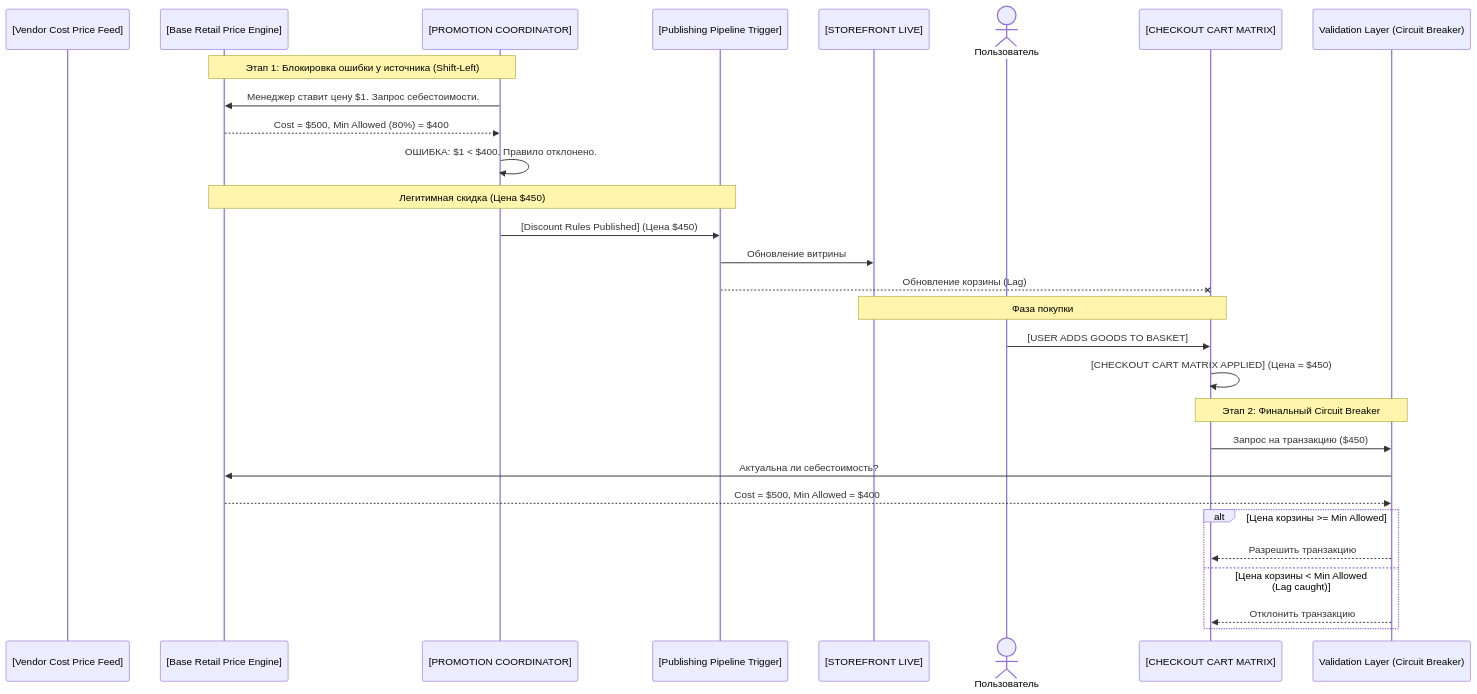
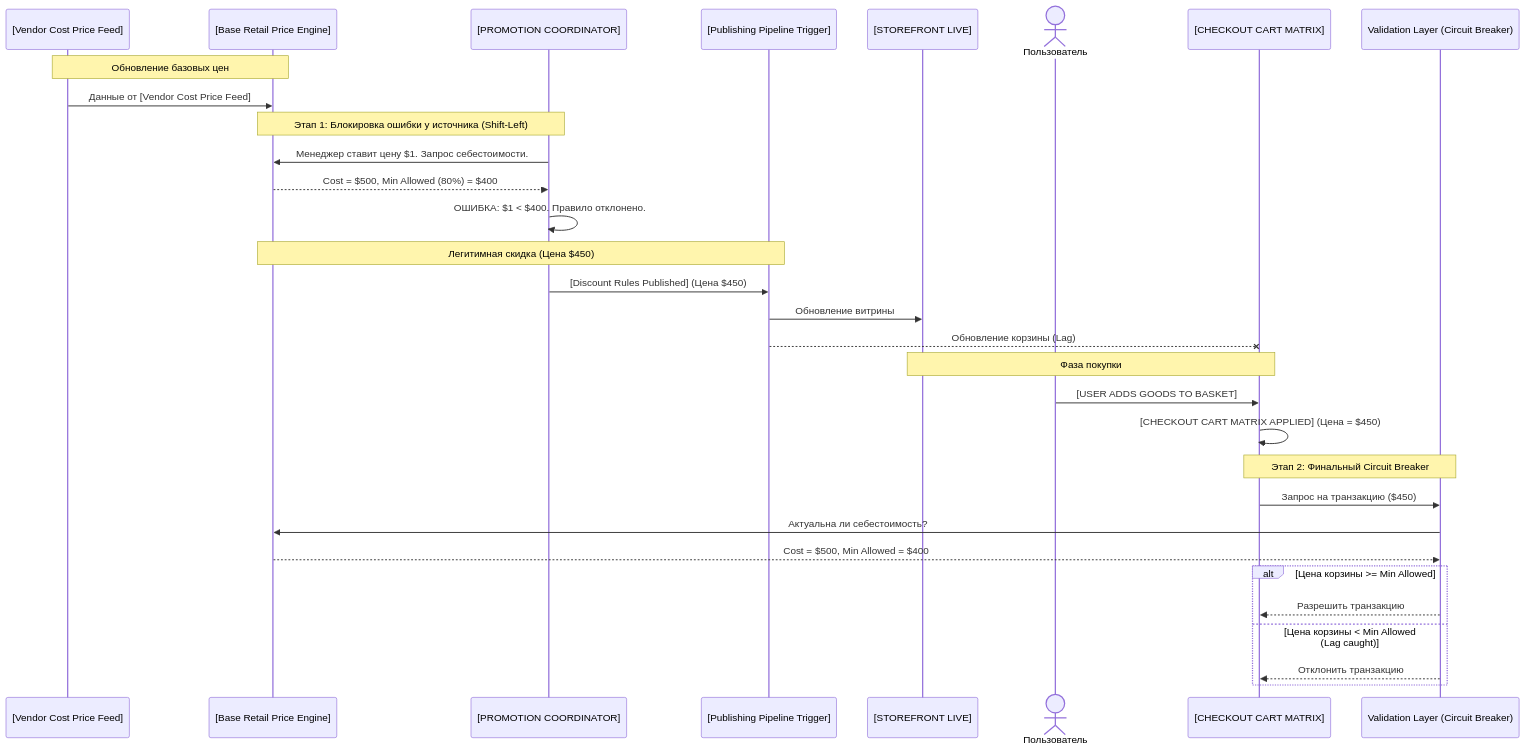
The third of 3 diagrams in README.md (Isnob/ecommerce-architecture-challenge), drawn with Mermaid before and after one commit. The commit also changed other lines of this file, not shown here.

Commit message:
Fix Mermaid diagrams: Include Feed and Engine in Variant 1, connect Feed to Engine in Variant 2

````diff
--- a/README.md
+++ b/README.md
@@ -123,36 +129,39 @@
 ```mermaid
 sequenceDiagram
     participant Feed as [Vendor Cost Price Feed]
     participant Engine as [Base Retail Price Engine]
     participant Promo as [PROMOTION COORDINATOR]
     participant Pipeline as [Publishing Pipeline Trigger]
     participant SF as [STOREFRONT LIVE]
     actor User as Пользователь
     participant Cart as [CHECKOUT CART MATRIX]
     participant Val as Validation Layer (Circuit Breaker)
+
+    Note over Feed, Engine: Обновление базовых цен
+    Feed->>Engine: Данные от [Vendor Cost Price Feed]
 
     Note over Engine, Promo: Этап 1: Блокировка ошибки у источника (Shift-Left)
     Promo->>Engine: Менеджер ставит цену $1. Запрос себестоимости.
     Engine-->>Promo: Cost = $500, Min Allowed (80%) = $400
     Promo->>Promo: ОШИБКА: $1 < $400. Правило отклонено.
     
     Note over Engine, Pipeline: Легитимная скидка (Цена $450)
     Promo->>Pipeline: [Discount Rules Published] (Цена $450)
     Pipeline->>SF: Обновление витрины
     Pipeline--xCart: Обновление корзины (Lag)
     
     Note over SF, Cart: Фаза покупки
     User->>Cart: [USER ADDS GOODS TO BASKET]
     Cart->>Cart: [CHECKOUT CART MATRIX APPLIED] (Цена = $450)
     
     Note over Cart,Val: Этап 2: Финальный Circuit Breaker
     Cart->>Val: Запрос на транзакцию ($450)
     Val->>Engine: Актуальна ли себестоимость?
     Engine-->>Val: Cost = $500, Min Allowed = $400
     
     alt Цена корзины >= Min Allowed
         Val-->>Cart: Разрешить транзакцию
     else Цена корзины < Min Allowed (Lag caught)
         Val-->>Cart: Отклонить транзакцию
     end
 ```
````
